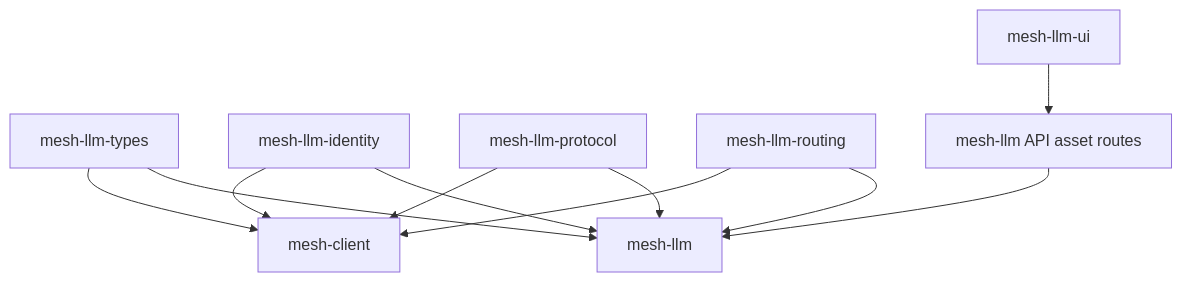
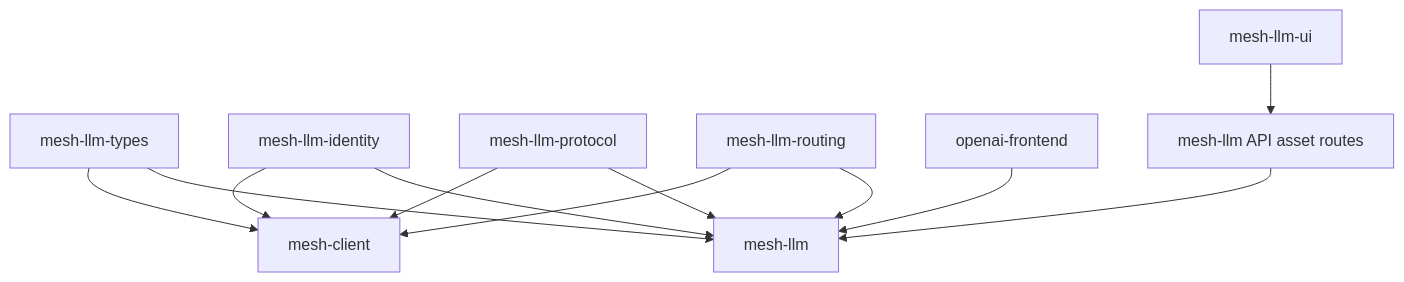
Before and after one commit to michaelneale/mesh-llm: the first of 2 diagrams in docs/design/CRATE_DECOMPOSITION.md, drawn with Mermaid. The commit also changed other lines of this file and 10 other files, not shown here.

Commit message:
Move OpenAI adapters into openai-frontend

````diff
--- a/docs/design/CRATE_DECOMPOSITION.md
+++ b/docs/design/CRATE_DECOMPOSITION.md
@@ -28,22 +32,24 @@
 ```mermaid
 flowchart TD
     types["mesh-llm-types"]
     client["mesh-client"]
     identity["mesh-llm-identity"]
     host["mesh-llm"]
     protocol["mesh-llm-protocol"]
     routing["mesh-llm-routing"]
+    openai["openai-frontend"]
     ui["mesh-llm-ui"]
     api_assets["mesh-llm API asset routes"]
 
     types --> client
     types --> host
     identity --> client
     identity --> host
     protocol --> client
     protocol --> host
     routing --> client
     routing --> host
+    openai --> host
     ui --> api_assets
     api_assets --> host
 ```
````
